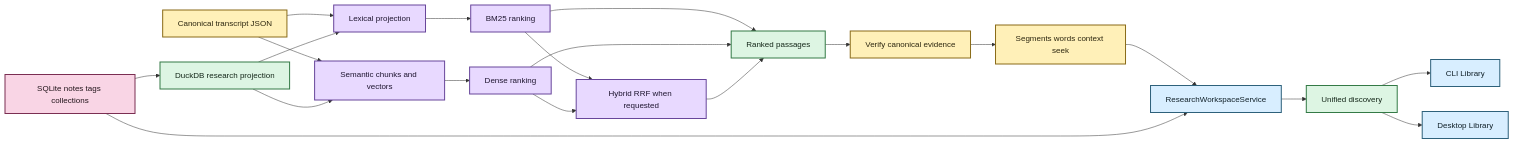
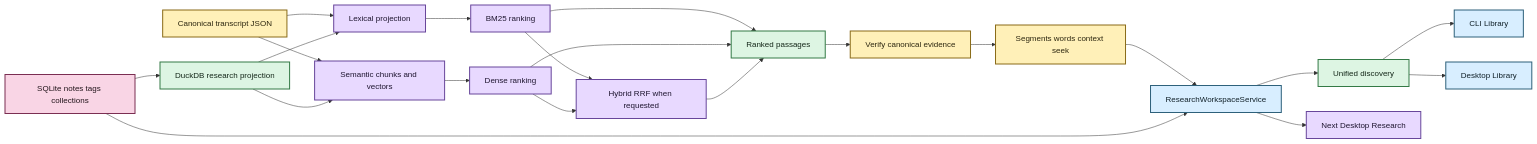
One commit to SSD1805/EchoFlow changed the first of 2 diagrams in docs/architecture/corpus-search.md. Above: the diagram before and after it, drawn with Mermaid. The commit also changed other lines of this file, not shown here.

Commit message:
docs: align corpus search with current desktop scope

````diff
--- a/docs/architecture/corpus-search.md
+++ b/docs/architecture/corpus-search.md
@@ -30,34 +30,35 @@
 ```mermaid
 flowchart LR
     A[Canonical transcript JSON] --> B[Lexical projection]
     A --> C[Semantic chunks and vectors]
     B --> D[BM25 ranking]
     C --> E[Dense ranking]
     D --> F[Hybrid RRF when requested]
     E --> F
     D --> G[Ranked passages]
     E --> G
     F --> G
     G --> H[Verify canonical evidence]
     H --> I[Segments words context seek]
     J[SQLite notes tags collections] --> K[DuckDB research projection]
     K --> B
     K --> C
     I --> L[ResearchWorkspaceService]
     J --> L
     L --> M[Unified discovery]
     M --> N[CLI Library]
     M --> O[Desktop Library]
+    L --> P[Next Desktop Research]
 
     classDef source fill:#F9D5E5,stroke:#7B2E52,stroke-width:2px,color:#22151B
     classDef process fill:#E8D9FF,stroke:#68469B,stroke-width:2px,color:#1F1630
     classDef evidence fill:#FFF0B8,stroke:#8A6B18,stroke-width:2px,color:#2C260F
     classDef view fill:#DDF5E3,stroke:#347A46,stroke-width:2px,color:#142719
     classDef inspect fill:#D8EEFF,stroke:#2E617B,stroke-width:2px,color:#12222A
 
     class A,H,I evidence
-    class B,C,D,E,F process
+    class B,C,D,E,F,P process
     class G,K,M view
     class J source
     class L,N,O inspect
 ```
````
